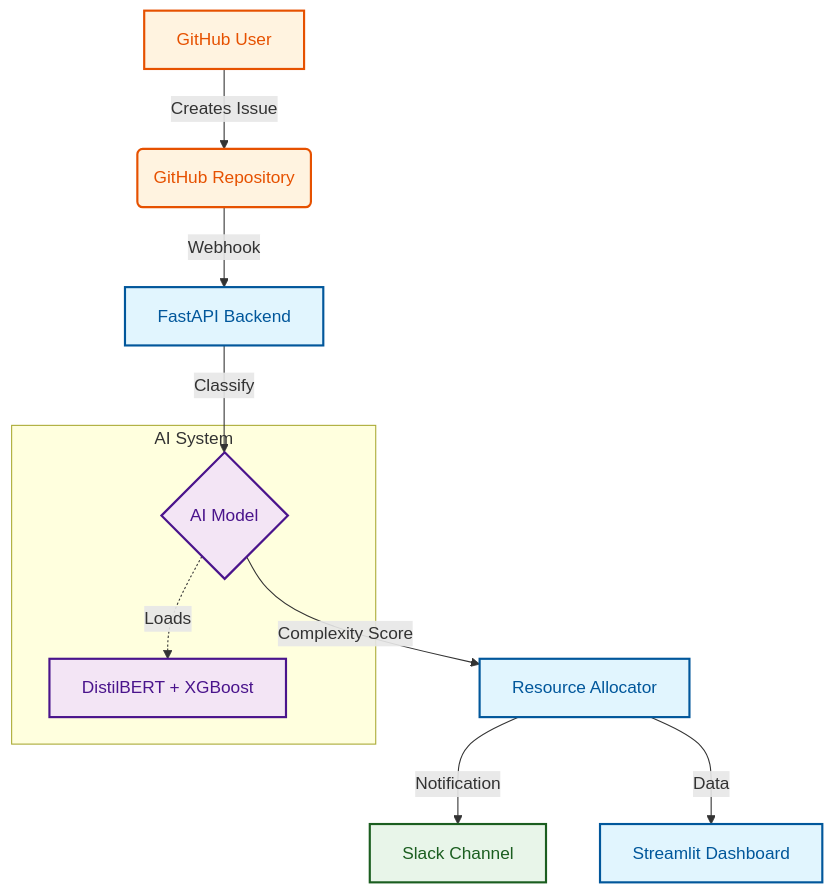
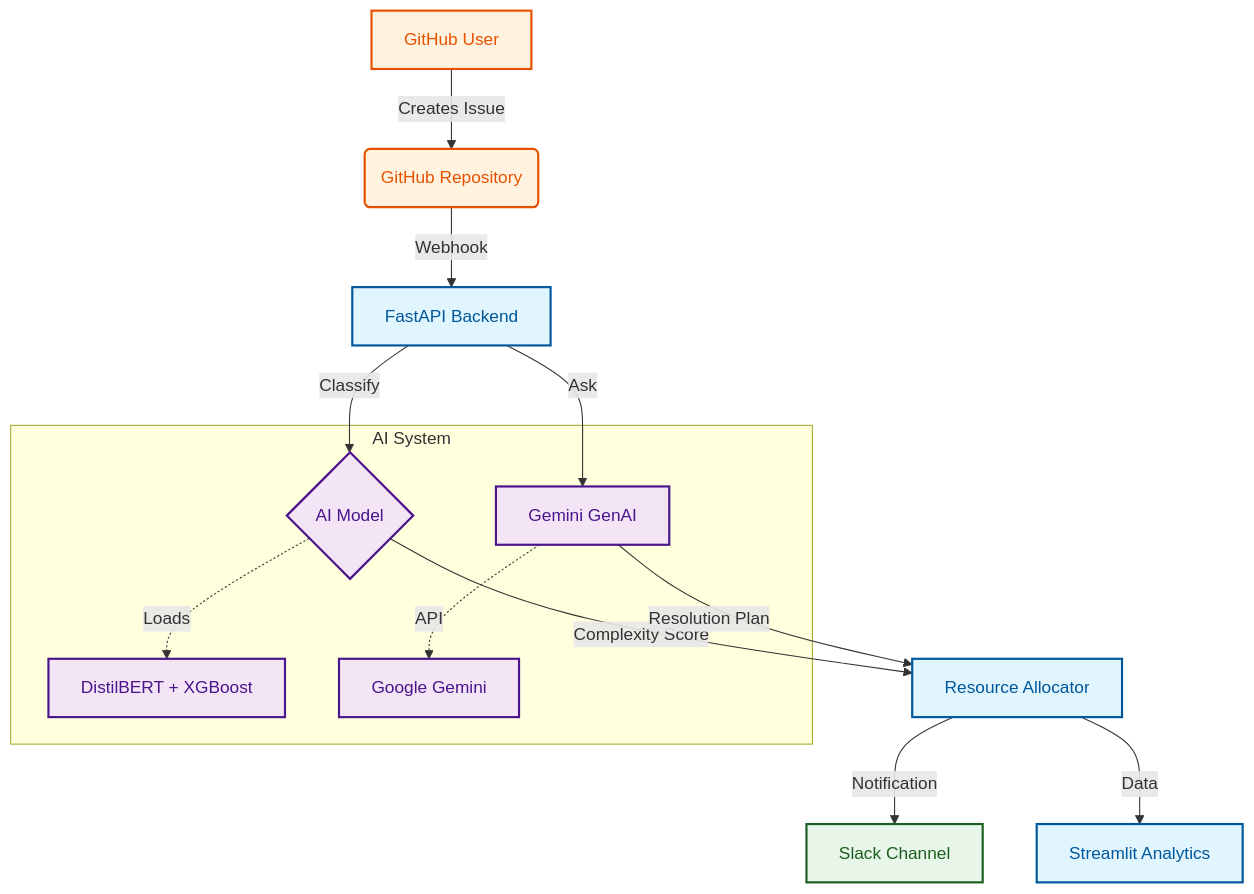
One commit to Pradnesh23/github-issue-triage-and-resource-planning changed the first of 2 diagrams in README.md. Above: the diagram before and after it, drawn with Mermaid. The commit also changed other lines of this file and 1 other file, not shown here.

Commit message:
docs: update README with GenAI and Analytics architecture

````diff
--- a/README.md
+++ b/README.md
@@ -30,25 +31,28 @@
 ```mermaid
 graph TD
     %% Nodes
     A[GitHub User] -->|Creates Issue| B(GitHub Repository)
     B -->|Webhook| C[FastAPI Backend]
     C -->|Classify| D{AI Model}
+    C -->|Ask| I[Gemini GenAI]
     D -->|Complexity Score| E[Resource Allocator]
+    I -->|Resolution Plan| E
     E -->|Notification| F[Slack Channel]
-    E -->|Data| G[Streamlit Dashboard]
+    E -->|Data| G[Streamlit Analytics]
     
     subgraph "AI System"
     D -.->|Loads| H[DistilBERT + XGBoost]
+    I -.->|API| J[Google Gemini]
     end
     
     %% Styling
     classDef primary fill:#e1f5fe,stroke:#01579b,stroke-width:2px,color:#01579b;
     classDef secondary fill:#f3e5f5,stroke:#4a148c,stroke-width:2px,color:#4a148c;
     classDef support fill:#e8f5e9,stroke:#1b5e20,stroke-width:2px,color:#1b5e20;
     classDef external fill:#fff3e0,stroke:#e65100,stroke-width:2px,color:#e65100;
 
     class C,E,G primary;
-    class D,H secondary;
+    class D,H,I,J secondary;
     class F support;
     class A,B external;
 ```
````
